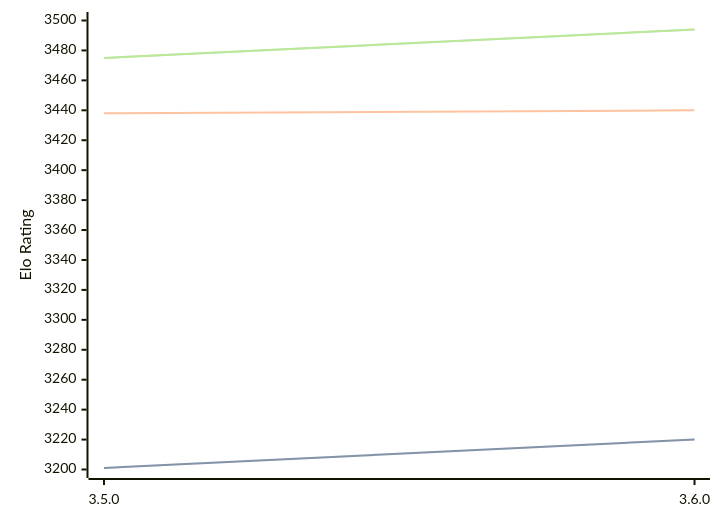
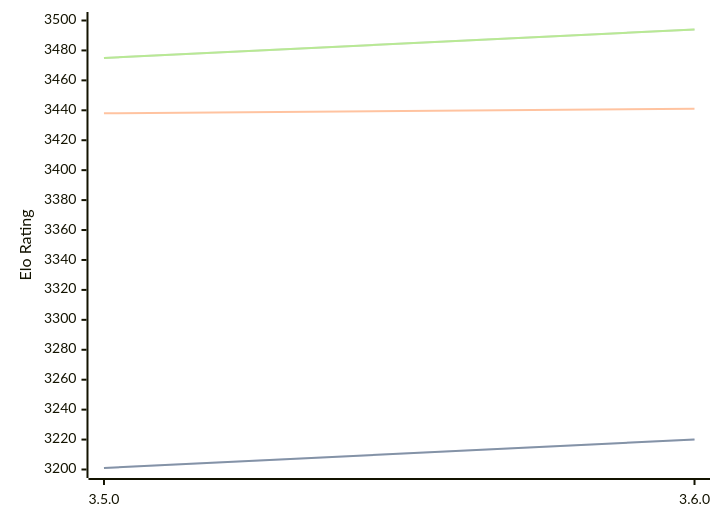
Before and after one commit to computer-chess-index/cci: the diagram in engines/Igel.md, drawn with Mermaid. The commit also changed other lines of this file, not shown here.

````diff
--- a/engines/Igel.md
+++ b/engines/Igel.md
@@ -66,11 +66,11 @@
 ```mermaid
 %%{init: {"theme":"base","themeVariables":{"seriesColors:['#a3a3a3','#222221','#faa371']}}}%%
 xychart-beta
   x-axis ["3.5.0", "3.6.0"]
   y-axis "Elo Rating" 3200 --> 3500
   line "STC (8.0+0.08s)" [3201, 3220]
   line "STC (8.0+0.08s)" [3201, 3220]
-  line "LTC (60.0+0.60s)" [3438, 3440]
+  line "LTC (60.0+0.60s)" [3438, 3441]
   line "VLTC (2m24s+1.12s)" [3475, 3494]
   line "VLTC (2m24s+1.12s)" [3475, 3494]
 ```
````
